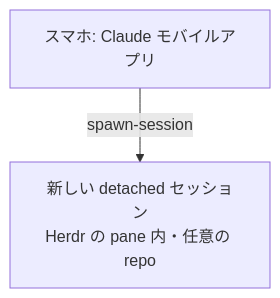
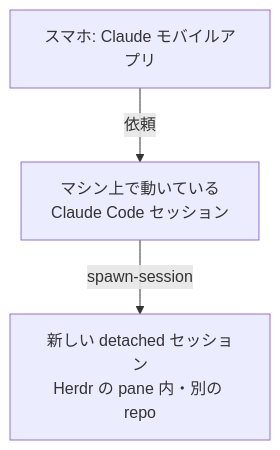
Before and after one commit to shimo4228/herdr-toolkit: the diagram in README.ja.md, drawn with Mermaid. The commit also changed other lines of this file and 3 other files, not shown here.

````diff
--- a/README.ja.md
+++ b/README.ja.md
@@ -17,4 +19,5 @@
 ```mermaid
 flowchart TD
-    P[スマホ: Claude モバイルアプリ] -->|spawn-session| S[新しい detached セッション<br>Herdr の pane 内・任意の repo]
+    P[スマホ: Claude モバイルアプリ] -->|依頼| C[マシン上で動いている<br>Claude Code セッション]
+    C -->|spawn-session| S[新しい detached セッション<br>Herdr の pane 内・別の repo]
 ```
````
